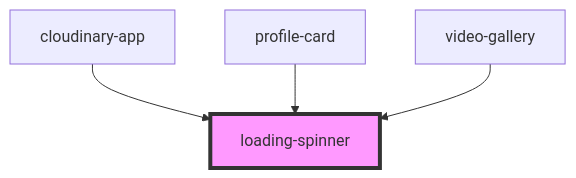
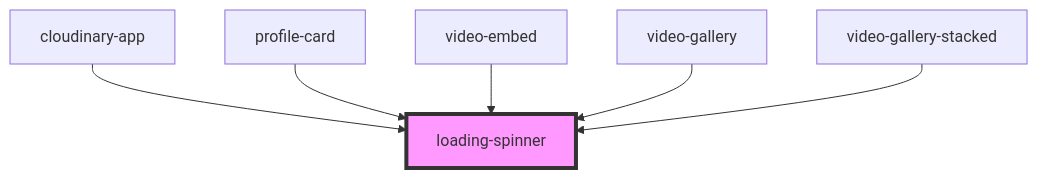
One commit to dev-kylo/component_library changed the diagram in src/components/spinner/readme.md. Above: the diagram before and after it, drawn with Mermaid. The commit also changed other lines of this file and 12 other files, not shown here.

Commit message:
create stacked video gallery for news

````diff
--- a/src/components/spinner/readme.md
+++ b/src/components/spinner/readme.md
@@ -24,7 +26,9 @@
 ```mermaid
 graph TD;
   cloudinary-app --> loading-spinner
   profile-card --> loading-spinner
+  video-embed --> loading-spinner
   video-gallery --> loading-spinner
+  video-gallery-stacked --> loading-spinner
   style loading-spinner fill:#f9f,stroke:#333,stroke-width:4px
 ```
````
